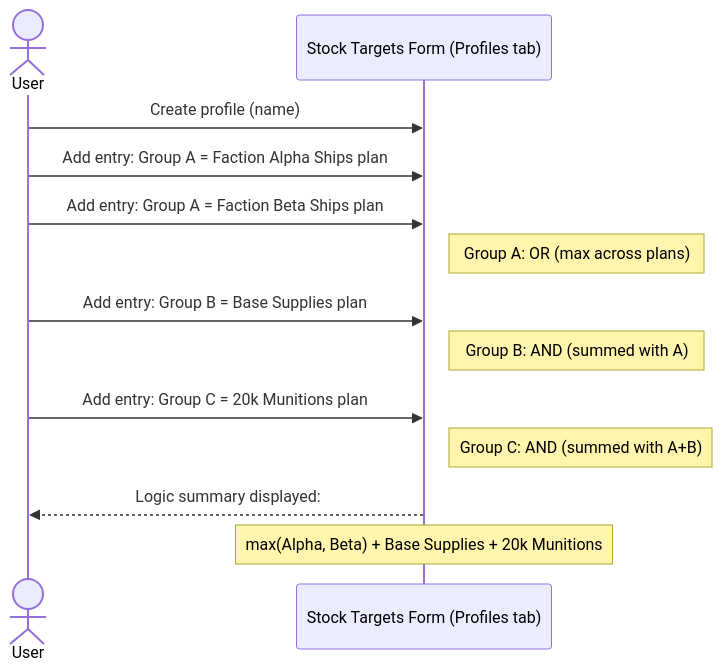
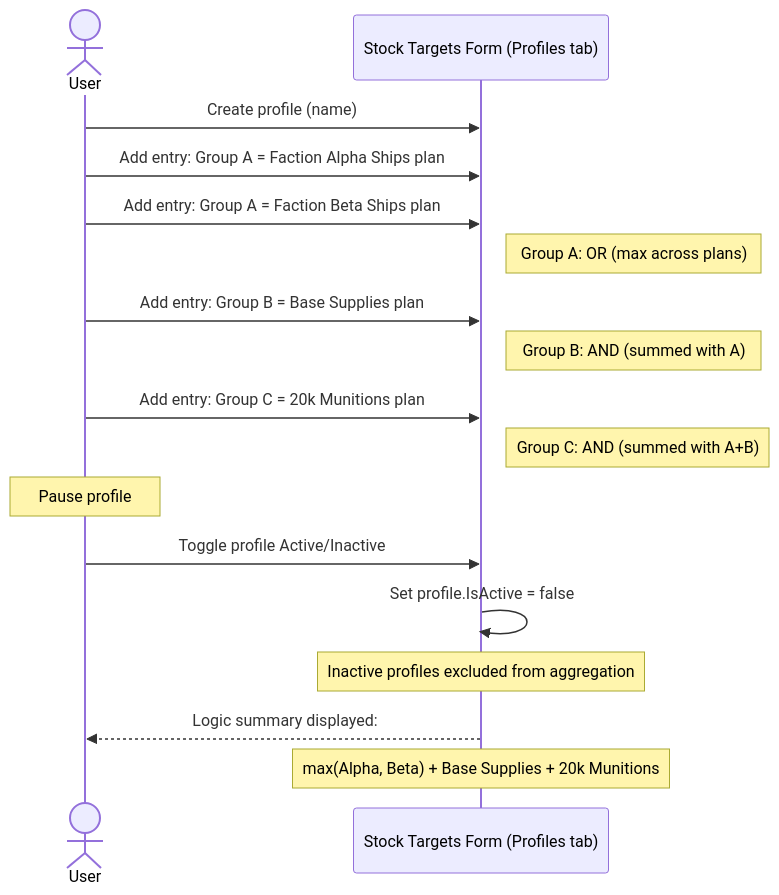
Before and after one commit to scalorn/OuterEmpires2EmpireTracker: diagram 17 of 18 in .kiro/specs/empire-systems/design.md, drawn with Mermaid. The commit also changed other lines of this file, not shown here.

````diff
--- a/.kiro/specs/empire-systems/design.md
+++ b/.kiro/specs/empire-systems/design.md
@@ -476,16 +493,22 @@
 ```mermaid
 sequenceDiagram
     actor User
     participant SP as Stock Targets Form (Profiles tab)
 
     User->>SP: Create profile (name)
     User->>SP: Add entry: Group A = Faction Alpha Ships plan
     User->>SP: Add entry: Group A = Faction Beta Ships plan
     Note right of SP: Group A: OR (max across plans)
     User->>SP: Add entry: Group B = Base Supplies plan
     Note right of SP: Group B: AND (summed with A)
     User->>SP: Add entry: Group C = 20k Munitions plan
     Note right of SP: Group C: AND (summed with A+B)
+
+    Note over User: Pause profile
+    User->>SP: Toggle profile Active/Inactive
+    SP->>SP: Set profile.IsActive = false
+    Note over SP: Inactive profiles excluded from aggregation
+
     SP-->>User: Logic summary displayed:
     Note over SP: max(Alpha, Beta) + Base Supplies + 20k Munitions
 ```
````
